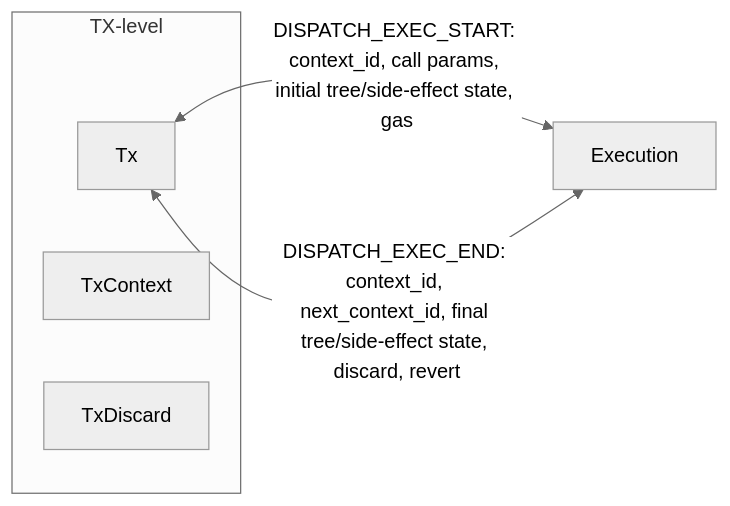
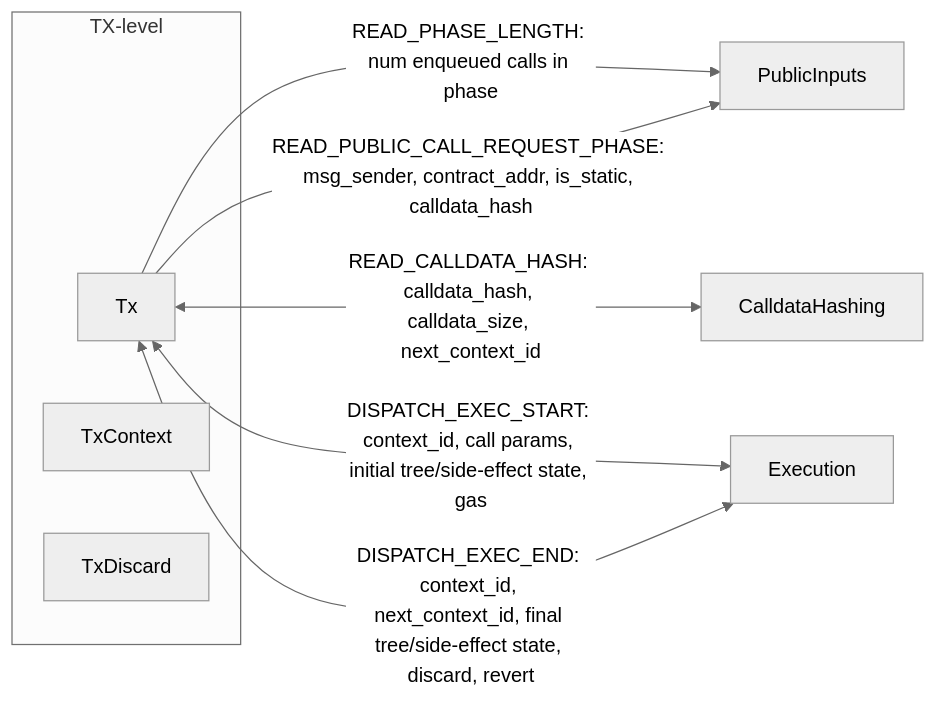
One commit to aztec-labs-eng/aztec-node changed the second of 3 diagrams in barretenberg/cpp/pil/vm2/docs/README.md. Above: the diagram before and after it, drawn with Mermaid (neutral theme). The commit also changed other lines of this file, not shown here.

````diff
--- a/barretenberg/cpp/pil/vm2/docs/README.md
+++ b/barretenberg/cpp/pil/vm2/docs/README.md
@@ -403,13 +403,18 @@
 ```mermaid
 flowchart LR
   subgraph tx_level["TX-level"]
     TX[Tx]
     TXctx[TxContext]
     TXdisc[TxDiscard]
   end
 
   EX[Execution]
+  PI[PublicInputs]
+  CDH[CalldataHashing]
 
+  TX -->|READ_PHASE_LENGTH: num enqueued calls in phase| PI
+  TX -->|READ_PUBLIC_CALL_REQUEST_PHASE: msg_sender, contract_addr, is_static, calldata_hash| PI
+  TX <-->|READ_CALLDATA_HASH: calldata_hash, calldata_size, next_context_id| CDH
   TX <-->|DISPATCH_EXEC_START: context_id, call params, initial tree/side-effect state, gas| EX
   TX <-->|DISPATCH_EXEC_END: context_id, next_context_id, final tree/side-effect state, discard, revert| EX
 ```
````
